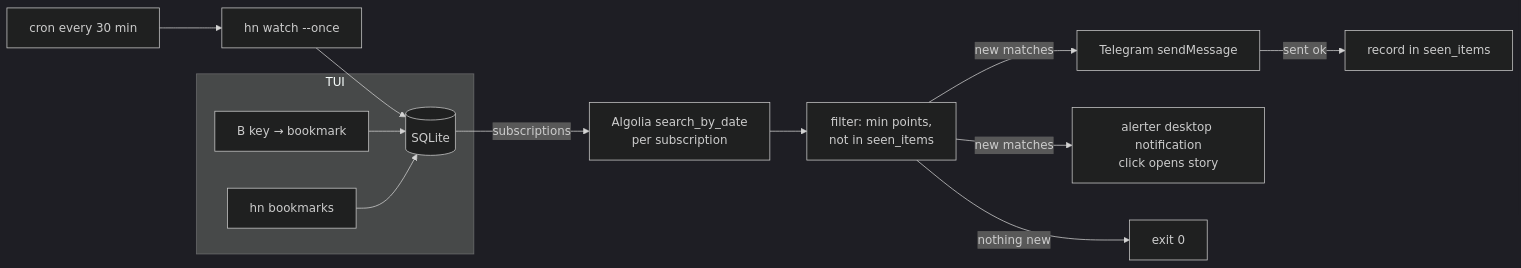
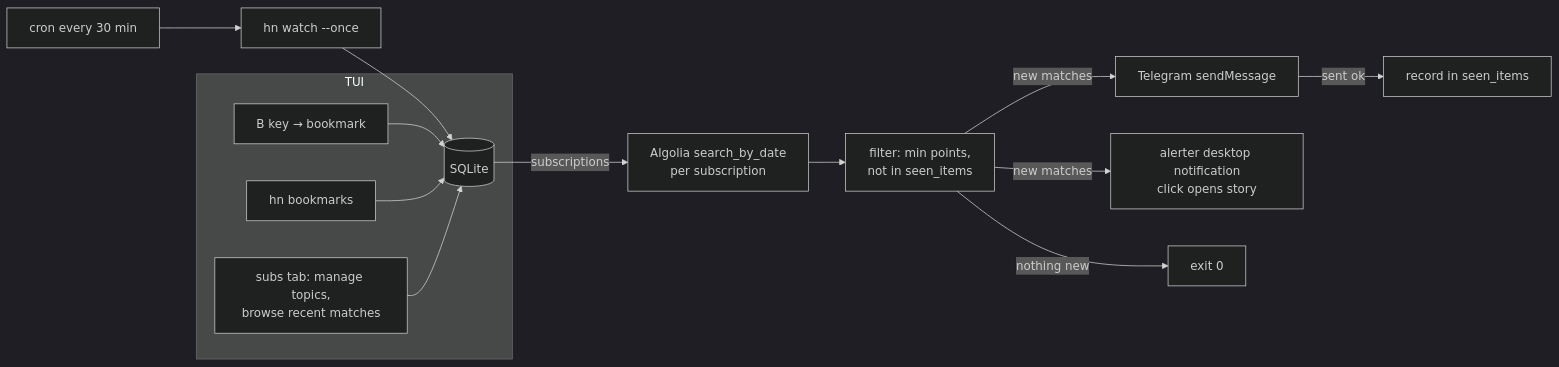
The diagram in specs/v3/00-overview.md (navinrc/hn-bits), drawn with Mermaid (dark theme) before and after one commit. The commit also changed other lines of this file and 6 other files, not shown here.

````diff
--- a/specs/v3/00-overview.md
+++ b/specs/v3/00-overview.md
@@ -25,15 +25,16 @@
 ```mermaid
 flowchart LR
     CRON[cron every 30 min] --> W[hn watch --once]
     W --> DB[(SQLite)]
     DB -->|subscriptions| Q[Algolia search_by_date<br/>per subscription]
     Q --> F[filter: min points,<br/>not in seen_items]
     F -->|new matches| N[Telegram sendMessage]
     F -->|new matches| D[alerter desktop notification<br/>click opens story]
     N -->|sent ok| S[record in seen_items]
     F -->|nothing new| X[exit 0]
     subgraph TUI
         B[B key → bookmark] --> DB
         BM[hn bookmarks] --> DB
+        ST[subs tab: manage topics,<br/>browse recent matches] --> DB
     end
 ```
````
